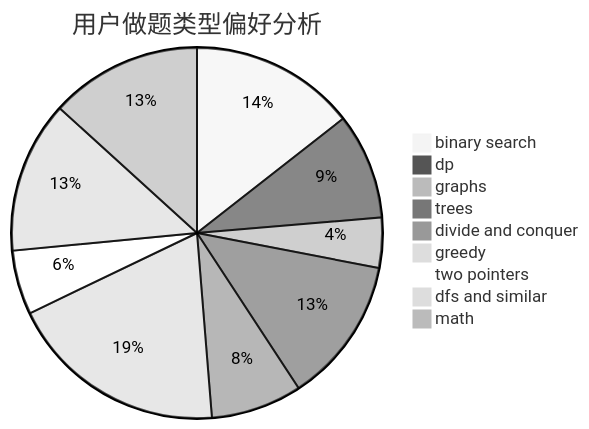
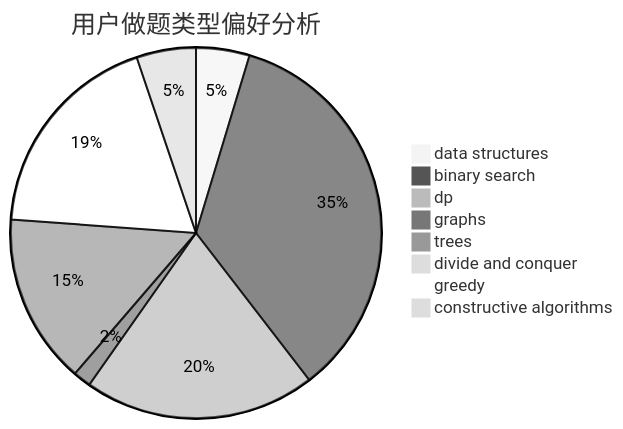
The second of 3 diagrams in docs/user/u2689.md (sherpahu/cfrs.github.io), drawn with Mermaid (neutral theme) before and after one commit. The commit also changed other lines of this file and 2775 other files, not shown here.

````diff
--- a/docs/user/u2689.md
+++ b/docs/user/u2689.md
@@ -23,12 +23,11 @@
 ```mermaid
 pie title 用户做题类型偏好分析
-    "binary search" :  247
-    "dp" :  158
-    "graphs" :  75
-    "trees" :  218
-    "divide and conquer" :  136
-    "greedy" :  328
-    "two pointers" :  96
-    "dfs and similar" :  227
-    "math" :  227
+    "data structures" :  27
+    "binary search" :  202
+    "dp" :  117
+    "graphs" :  9
+    "trees" :  86
+    "divide and conquer" :  0
+    "greedy" :  108
+    "constructive algorithms" :  30
 ```
````
